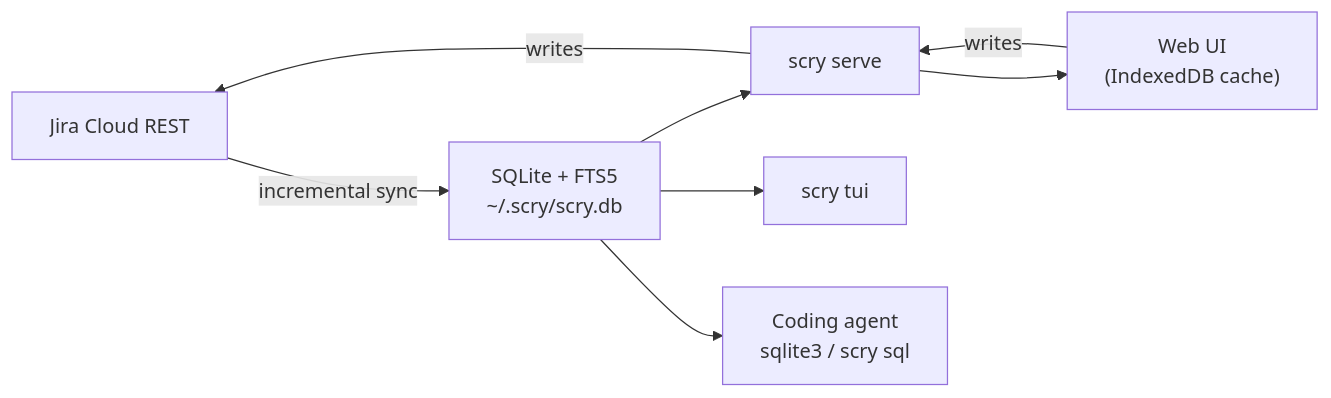
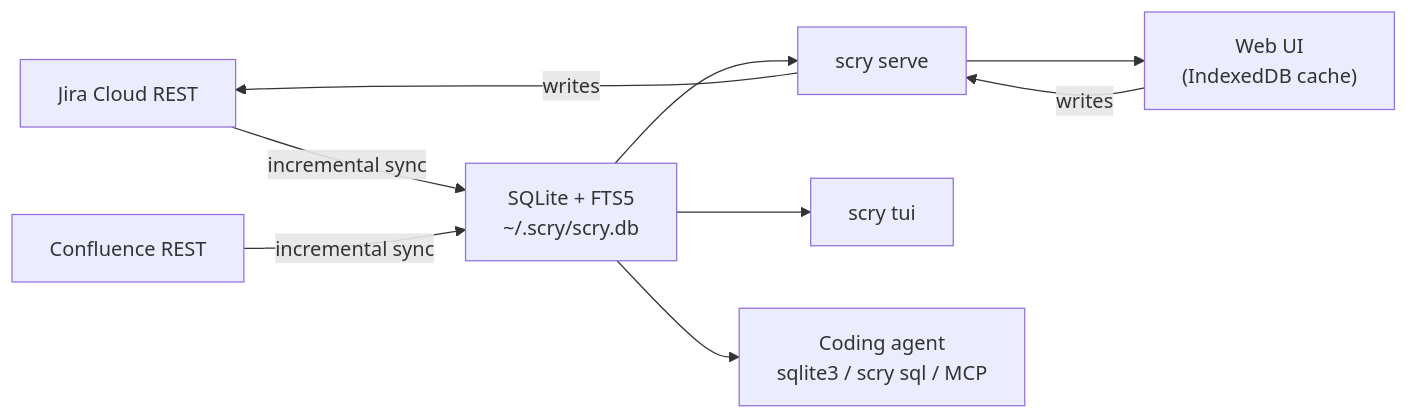
One commit to midagedev/gadak changed the diagram in README.md. Above: the diagram before and after it, drawn with Mermaid. The commit also changed other lines of this file and 1 other file, not shown here.

````diff
--- a/README.md
+++ b/README.md
@@ -263,10 +300,11 @@
 ```mermaid
 flowchart LR
   Jira["Jira Cloud REST"] -->|"incremental sync"| DB["SQLite + FTS5<br/>~/.scry/scry.db"]
+  Wiki["Confluence REST"] -->|"incremental sync"| DB
   DB --> Serve["scry serve"]
   Serve --> UI["Web UI<br/>(IndexedDB cache)"]
   DB --> TUI["scry tui"]
-  DB --> Agent["Coding agent<br/>sqlite3 / scry sql"]
+  DB --> Agent["Coding agent<br/>sqlite3 / scry sql / MCP"]
   UI -->|"writes"| Serve
   Serve -->|"writes"| Jira
 ```
````
